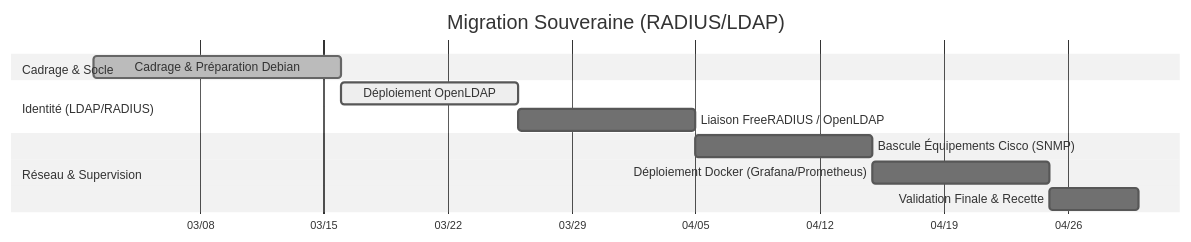
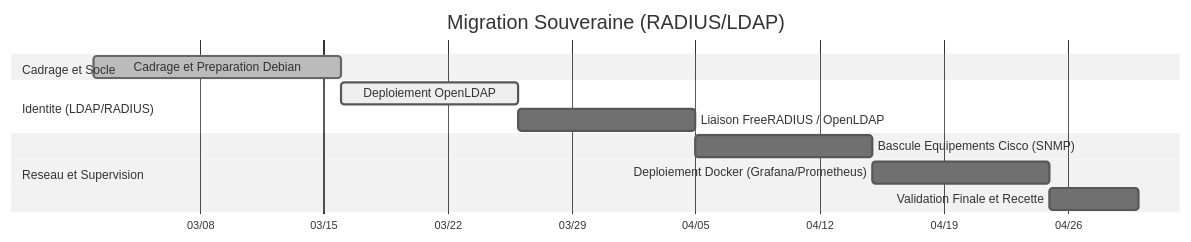
Before and after one commit to edib16/RP02-Migration-Souveraine-Open-Source: the diagram in README.md, drawn with Mermaid (neutral theme). The commit also changed other lines of this file, not shown here.

Commit message:
Passage de RP07 à RP02 et correction Gantt

````diff
--- a/README.md
+++ b/README.md
@@ -34,18 +34,18 @@
 ```mermaid
 gantt
     title Migration Souveraine (RADIUS/LDAP)
     dateFormat  YYYY-MM-DD
     axisFormat  %m/%d
     
-    section Cadrage & Socle
-    Cadrage & Préparation Debian        :done, des1, 2026-03-02, 14d
+    section Cadrage et Socle
+    Cadrage et Preparation Debian        :done, des1, 2026-03-02, 14d
     
-    section Identité (LDAP/RADIUS)
-    Déploiement OpenLDAP                :active, des2, 2026-03-16, 10d
+    section Identite (LDAP/RADIUS)
+    Deploiement OpenLDAP                :active, des2, 2026-03-16, 10d
     Liaison FreeRADIUS / OpenLDAP       :        des3, 2026-03-26, 10d
     
-    section Réseau & Supervision
-    Bascule Équipements Cisco (SNMP)    :        des4, 2026-04-05, 10d
-    Déploiement Docker (Grafana/Prometheus) :    des5, 2026-04-15, 10d
-    Validation Finale & Recette         :        des6, 2026-04-25, 5d
+    section Reseau et Supervision
+    Bascule Equipements Cisco (SNMP)    :        des4, 2026-04-05, 10d
+    Deploiement Docker (Grafana/Prometheus) :    des5, 2026-04-15, 10d
+    Validation Finale et Recette         :        des6, 2026-04-25, 5d
 ```
````
